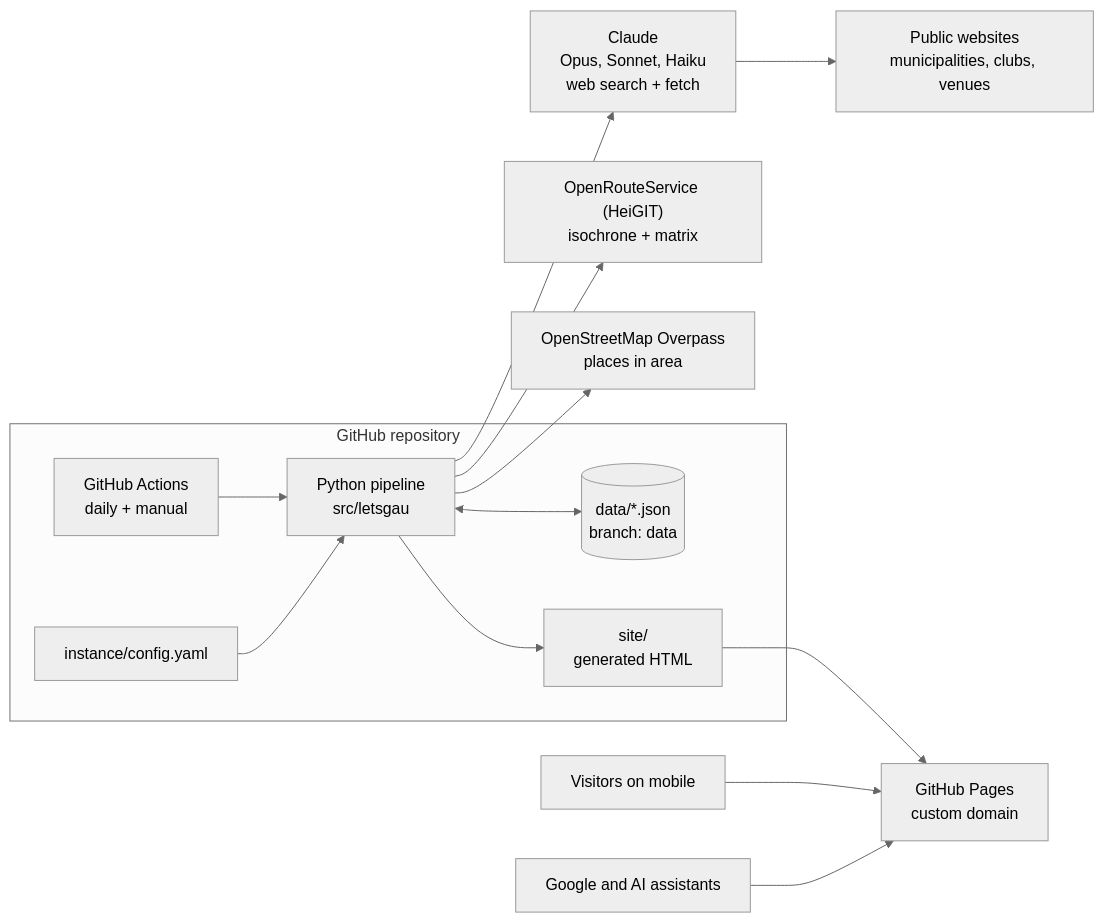
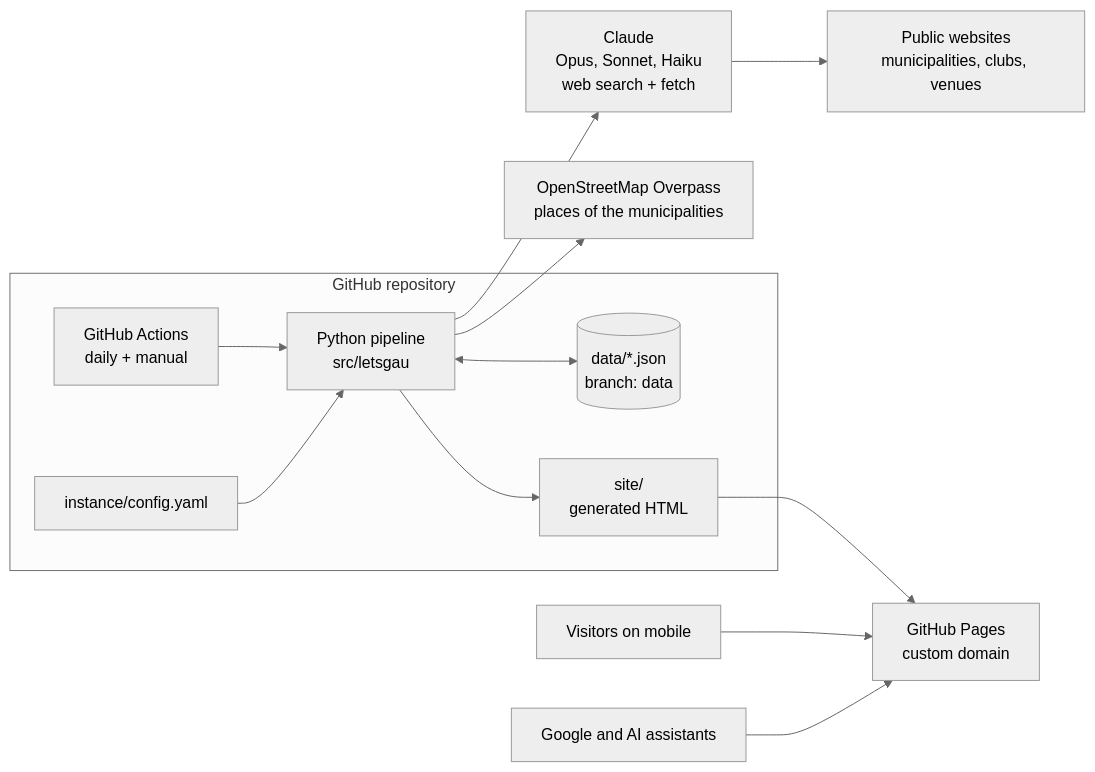
One commit to mat-los/letsgau changed the second of 4 diagrams in docs/ARCHITECTURE.md. Above: the diagram before and after it, drawn with Mermaid (neutral theme). The commit also changed other lines of this file and 36 other files, not shown here.

````diff
--- a/docs/ARCHITECTURE.md
+++ b/docs/ARCHITECTURE.md
@@ -32,28 +30,26 @@
 ```mermaid
 flowchart LR
   subgraph REPO["GitHub repository"]
     CFG["instance/config.yaml"]
     WF["GitHub Actions<br/>daily + manual"]
     PY["Python pipeline<br/>src/letsgau"]
     DATA[("data/*.json<br/>branch: data")]
     SITE["site/<br/>generated HTML"]
   end
-  ORS["OpenRouteService (HeiGIT)<br/>isochrone + matrix"]
-  OSM["OpenStreetMap Overpass<br/>places in area"]
+  OSM["OpenStreetMap Overpass<br/>places of the municipalities"]
   CL["Claude<br/>Opus, Sonnet, Haiku<br/>web search + fetch"]
   WEB["Public websites<br/>municipalities, clubs, venues"]
   PAGES["GitHub Pages<br/>custom domain"]
   U["Visitors on mobile"]
   AI["Google and AI assistants"]
   WF --> PY
   CFG --> PY
   PY <--> DATA
-  PY --> ORS
   PY --> OSM
   PY --> CL
   CL --> WEB
   PY --> SITE
   SITE --> PAGES
   U --> PAGES
   AI --> PAGES
 ```
````
